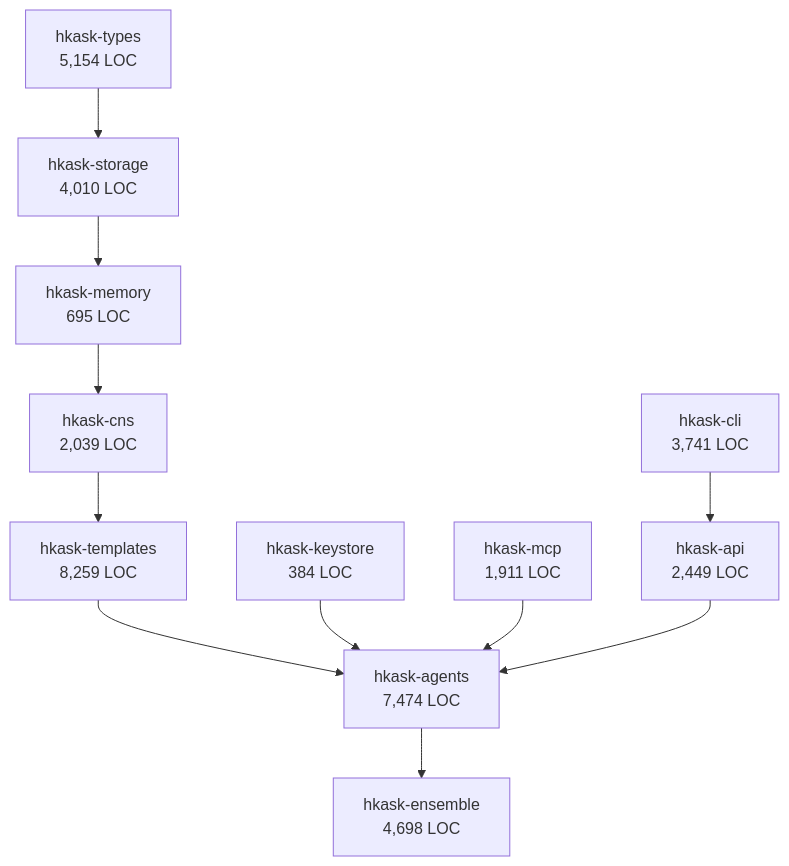
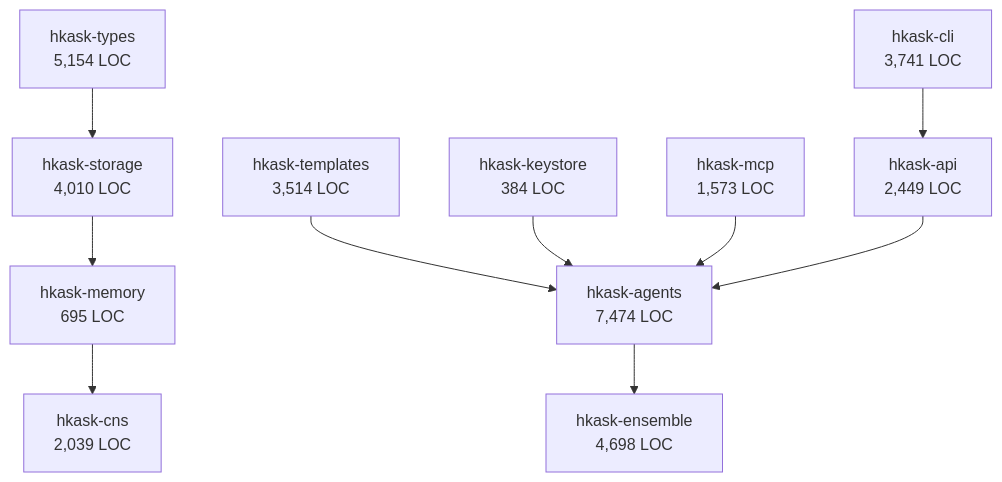
One commit to mdz-axo/hKask changed the fourth of 4 diagrams in docs/architecture/domain-and-capability.md. Above: the diagram before and after it, drawn with Mermaid. The commit also changed other lines of this file and 19 other files, not shown here.

````diff
--- a/docs/architecture/domain-and-capability.md
+++ b/docs/architecture/domain-and-capability.md
@@ -431,13 +430,13 @@
 ```mermaid
 graph TD
     TYPES["hkask-types<br/>5,154 LOC"] --> STORAGE["hkask-storage<br/>4,010 LOC"]
     STORAGE --> MEMORY["hkask-memory<br/>695 LOC"]
     MEMORY --> CNS["hkask-cns<br/>2,039 LOC"]
-    CNS --> TEMPLATES["hkask-templates<br/>8,259 LOC"]
+    TEMPLATES["hkask-templates<br/>3,514 LOC"]
     TEMPLATES --> AGENTS["hkask-agents<br/>7,474 LOC"]
     AGENTS --> ENSEMBLE["hkask-ensemble<br/>4,698 LOC"]
     KEYSTORE["hkask-keystore<br/>384 LOC"] --> AGENTS
-    MCP["hkask-mcp<br/>1,911 LOC"] --> AGENTS
+    MCP["hkask-mcp<br/>1,573 LOC"] --> AGENTS
     CLI["hkask-cli<br/>3,741 LOC"] --> API["hkask-api<br/>2,449 LOC"]
     API --> AGENTS
 ```
````
